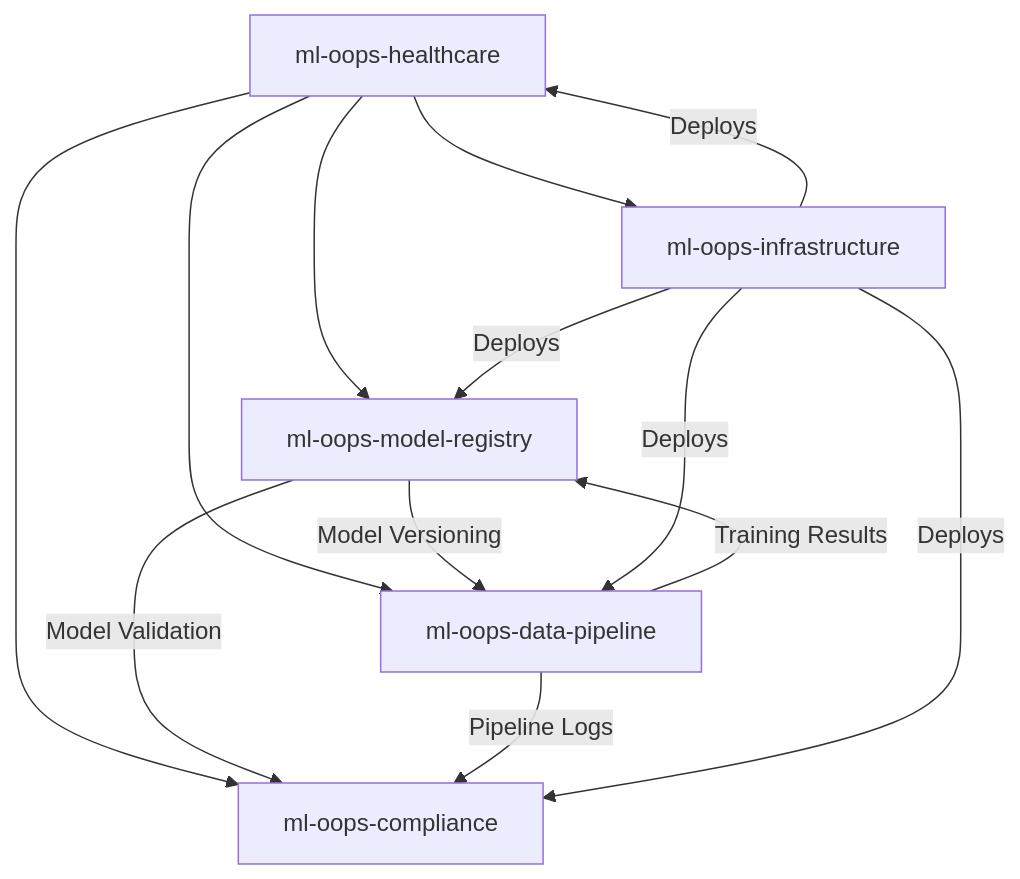
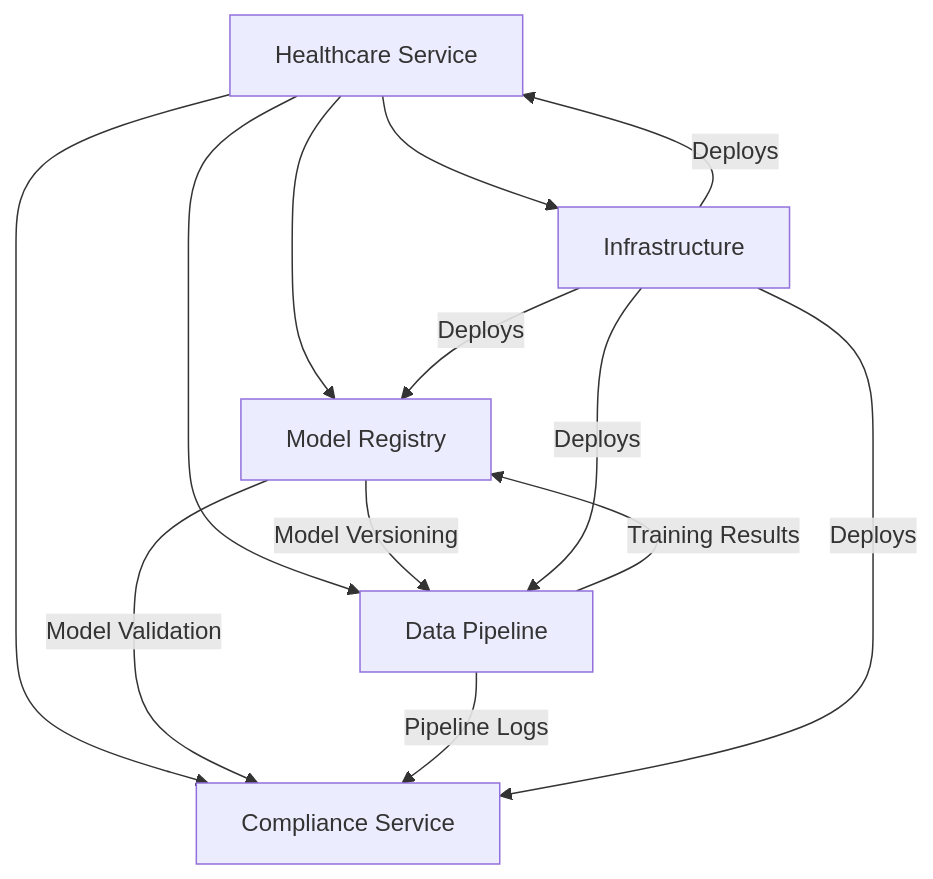
Before and after one commit to realjules/monitor.ai: the first of 3 diagrams in README.md, drawn with Mermaid. The commit also changed other lines of this file and 94008 other files, not shown here.

````diff
--- a/README.md
+++ b/README.md
@@ -5,16 +30,16 @@
 ```mermaid
 graph TD
-    A[ml-oops-healthcare] --> B[ml-oops-model-registry]
-    A --> C[ml-oops-data-pipeline]
-    A --> D[ml-oops-compliance]
-    A --> E[ml-oops-infrastructure]
+    A[Healthcare Service] --> B[Model Registry]
+    A --> C[Data Pipeline]
+    A --> D[Compliance Service]
+    A --> E[Infrastructure]
     
     B -- "Model Versioning" --> C
     B -- "Model Validation" --> D
     C -- "Training Results" --> B
     C -- "Pipeline Logs" --> D
     E -- "Deploys" --> A
     E -- "Deploys" --> B
     E -- "Deploys" --> C
     E -- "Deploys" --> D
 ```
````
